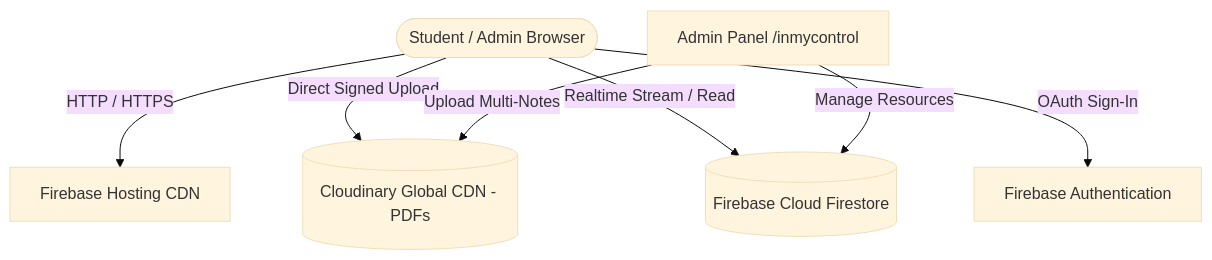
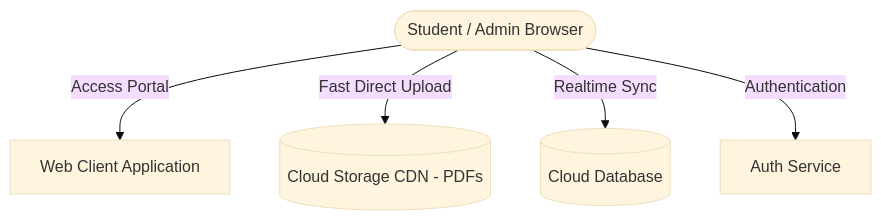
Before and after one commit to ashusingh06/Management-Hub: the diagram in README.md, drawn with Mermaid (base theme). The commit also changed other lines of this file, not shown here.

````diff
--- a/README.md
+++ b/README.md
@@ -45,9 +37,7 @@
 ```mermaid
 graph TD
-    User([Student / Admin Browser]) -->|HTTP / HTTPS| Hosting[Firebase Hosting CDN]
-    User -->|Direct Signed Upload| Cloudinary[(Cloudinary Global CDN - PDFs)]
-    User -->|Realtime Stream / Read| Firestore[(Firebase Cloud Firestore)]
-    User -->|OAuth Sign-In| FirebaseAuth[Firebase Authentication]
-    Admin[Admin Panel /inmycontrol] -->|Manage Resources| Firestore
-    Admin -->|Upload Multi-Notes| Cloudinary
+    User([Student / Admin Browser]) -->|Access Portal| Web[Web Client Application]
+    User -->|Fast Direct Upload| Cloudinary[(Cloud Storage CDN - PDFs)]
+    User -->|Realtime Sync| Firestore[(Cloud Database)]
+    User -->|Authentication| Auth[Auth Service]
 ```
````
